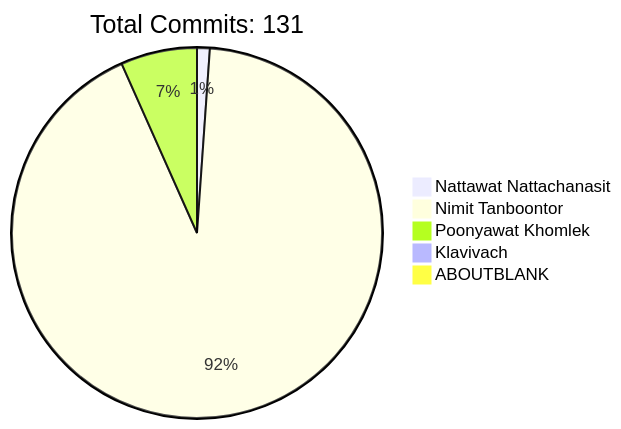
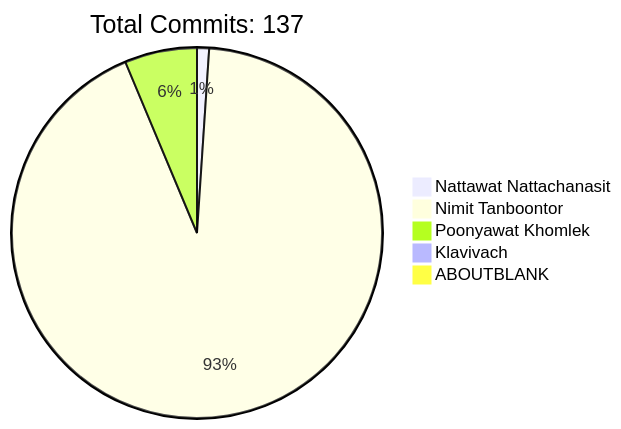
The diagram in README.md (HLLC-MFU/HLLC-2025), drawn with Mermaid before and after one commit. The commit also changed other lines of this file, not shown here.

````diff
--- a/README.md
+++ b/README.md
@@ -170,9 +170,9 @@
 ```mermaid
 pie
-    title Total Commits: 131
+    title Total Commits: 137
     "Nattawat Nattachanasit" : 1
-    "Nimit Tanboontor" : 83
+    "Nimit Tanboontor" : 88
     "Poonyawat Khomlek" : 6
     "Klavivach" : 0
     "ABOUTBLANK" : 0
 ```
````
